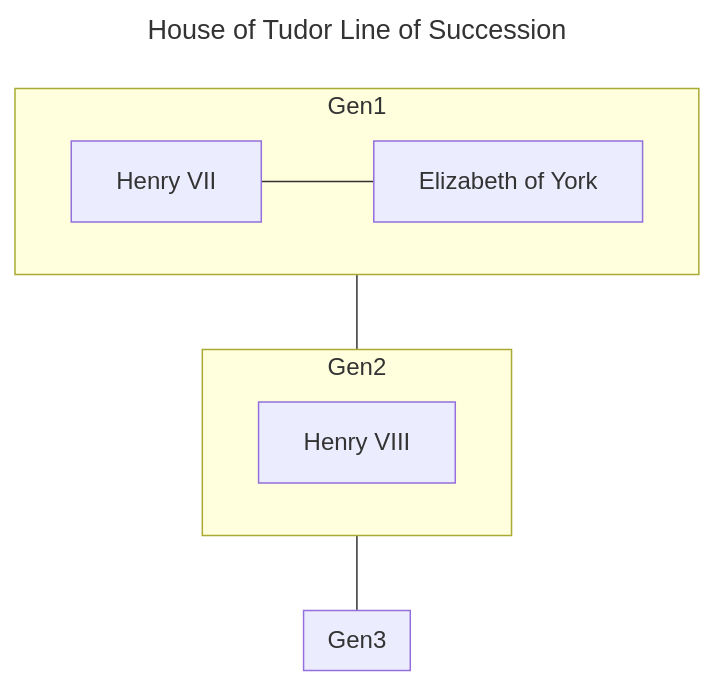
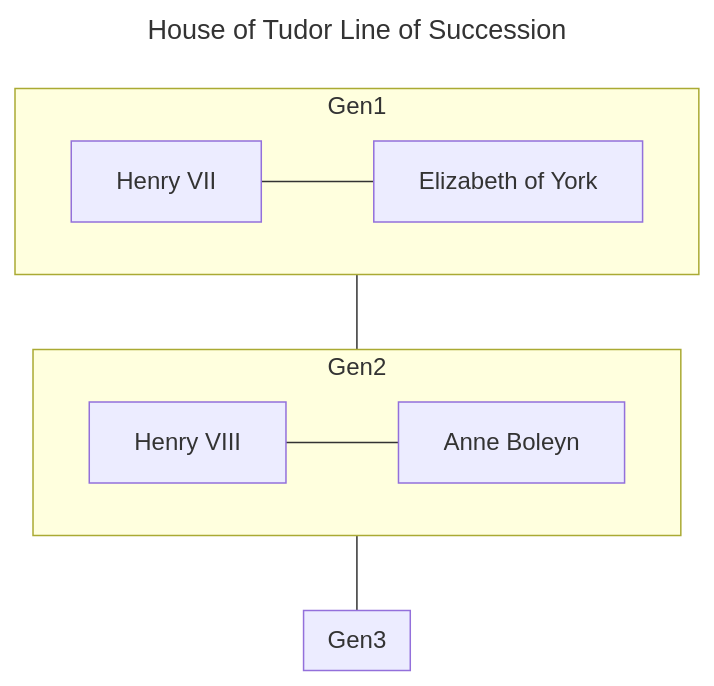
One commit to mercedesb/house-of-tudor changed the diagram in index.md. Above: the diagram before and after it, drawn with Mermaid.

Commit message:
Married Anne Boleyn

````diff
--- a/index.md
+++ b/index.md
@@ -1,17 +1,17 @@
 ```mermaid
 ---
 title: House of Tudor Line of Succession
 ---
 flowchart
   subgraph Gen3
   end
   subgraph Gen2
-    H8[Henry VIII]
+    H8[Henry VIII]---A1[Anne Boleyn]
   end
   subgraph Gen1
     H7[Henry VII]---E[Elizabeth of York]
   end
 
   Gen1---Gen2
   Gen2---Gen3
 ```
````
